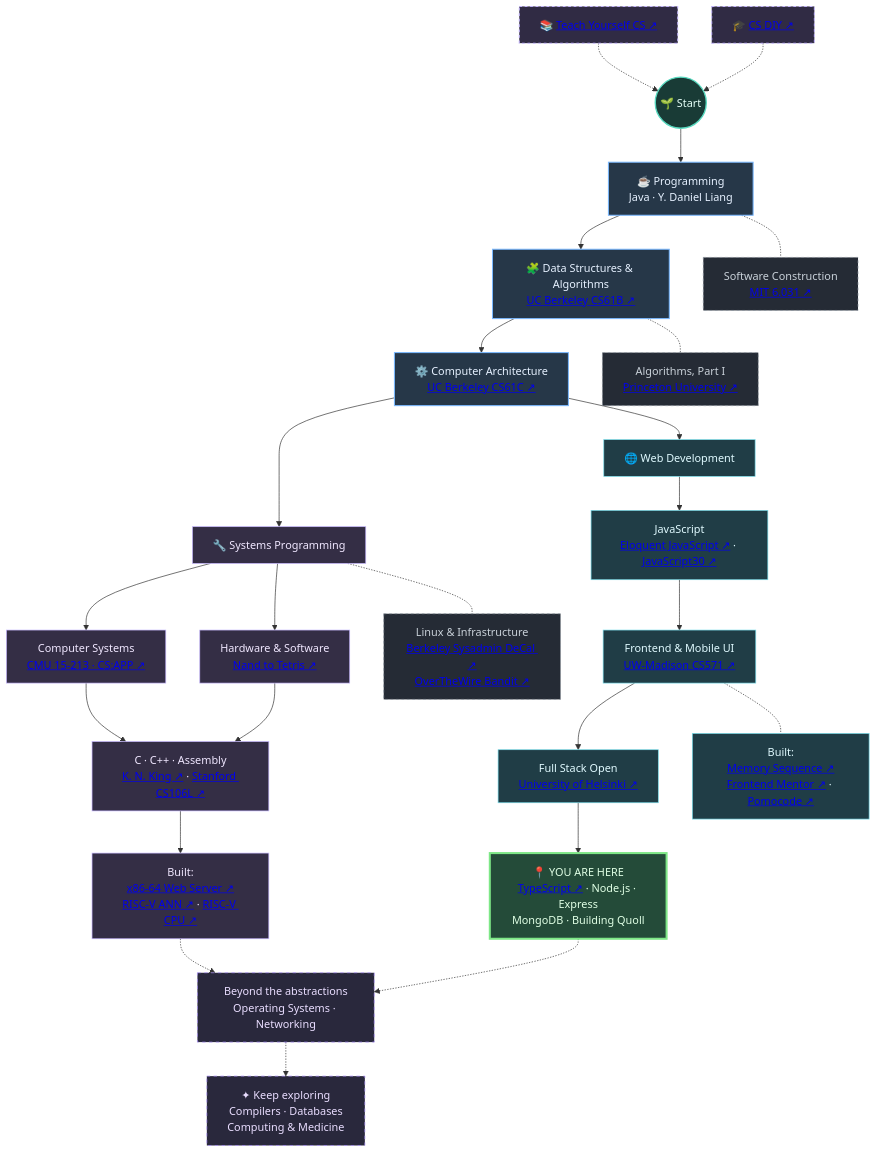
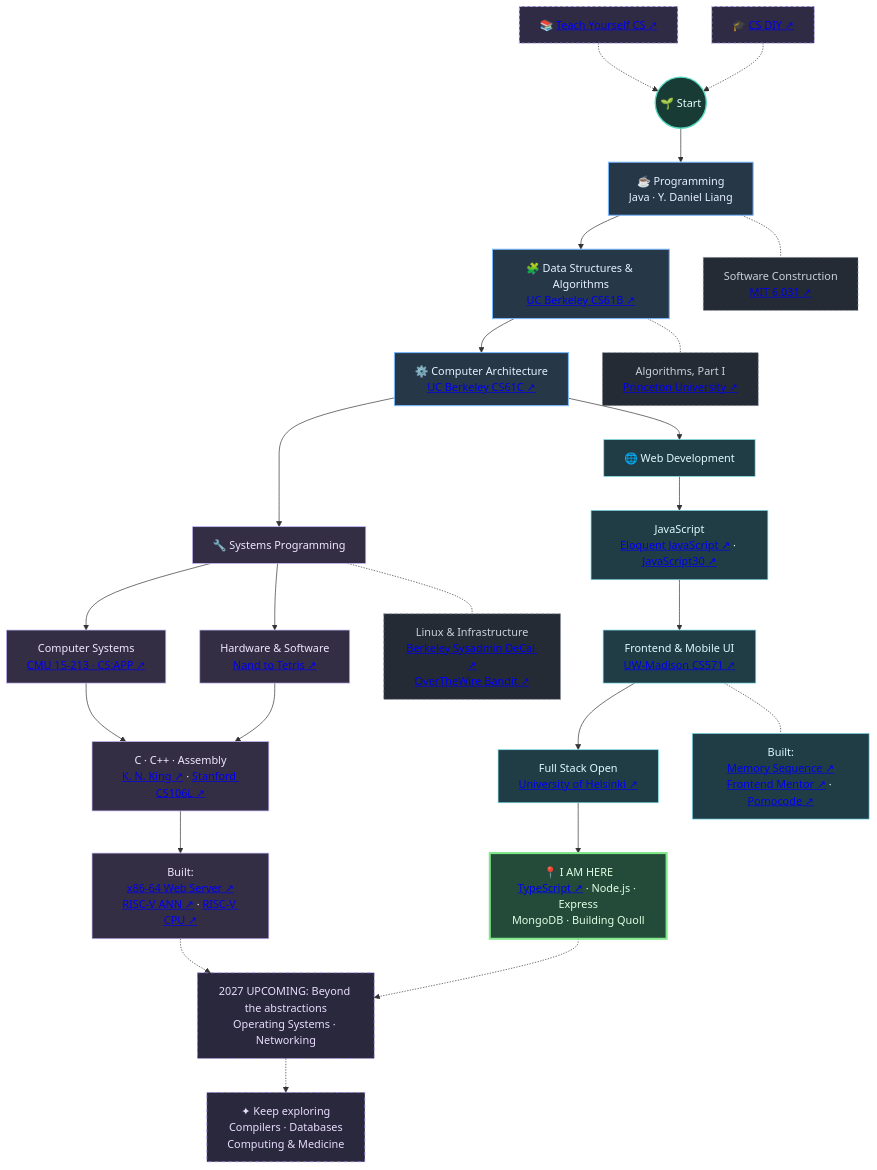
One commit to HsHs-dev/HsHs-dev changed the diagram in README.md. Above: the diagram before and after it, drawn with Mermaid.

````diff
--- a/README.md
+++ b/README.md
@@ -95,66 +95,66 @@
 ```mermaid
 flowchart TD
     TCS["📚 <a href='https://teachyourselfcs.com/'>Teach Yourself CS ↗</a>"]
     DIY["🎓 <a href='https://csdiy.wiki/en/'>CS DIY ↗</a>"]
 
     TCS -.-> START(("🌱 Start"))
     DIY -.-> START
 
     START --> JAVA["☕ Programming<br/>Java · Y. Daniel Liang"]
 
     JAVA --> DSA["🧩 Data Structures & Algorithms<br/><a href='https://github.com/HsHs-dev/UCB-CS61B'>UC Berkeley CS61B ↗</a>"]
 
     DSA --> ARCH["⚙️ Computer Architecture<br/><a href='https://github.com/HsHs-dev/UCB-CS61C'>UC Berkeley CS61C ↗</a>"]
 
     JAVA -.- SE["Software Construction<br/><a href='https://github.com/HsHs-dev/MIT-Software-Construction-6.031'>MIT 6.031 ↗</a>"]
 
     DSA -.- ALG["Algorithms, Part I<br/><a href='https://github.com/HsHs-dev/Algorithms'>Princeton University ↗</a>"]
 
     ARCH --> SYSTEMS["🔧 Systems Programming"]
     ARCH --> WEB["🌐 Web Development"]
 
     SYSTEMS --> CSAPP["Computer Systems<br/><a href='https://github.com/HsHs-dev/ICS-15-213-2015'>CMU 15-213 · CS:APP ↗</a>"]
 
     SYSTEMS --> N2T["Hardware & Software<br/><a href='https://github.com/HsHs-dev/From-Nand-to-Tetris'>Nand to Tetris ↗</a>"]
 
     CSAPP --> LOW["C · C++ · Assembly<br/><a href='https://github.com/HsHs-dev/C-Programming-A-Modern-Approach'>K. N. King ↗</a> · <a href='https://github.com/HsHs-dev/Stanford-CS106L'>Stanford CS106L ↗</a>"]
 
     N2T --> LOW
 
     LOW --> SYSP["Built:<br/><a href='https://github.com/HsHs-dev/x86-64-webserver'>x86-64 Web Server ↗</a><br/><a href='https://github.com/HsHs-dev/RISCV-ANN'>RISC-V ANN ↗</a> · <a href='https://github.com/HsHs-dev/UCB-CS61C/tree/main/Project/proj3'>RISC-V CPU ↗</a>"]
 
     SYSTEMS -.- LINUX["Linux & Infrastructure<br/><a href='https://github.com/HsHs-dev/SysadminDeCal'>Berkeley Sysadmin DeCal ↗</a><br/><a href='https://github.com/HsHs-dev/overthewire-bandit'>OverTheWire Bandit ↗</a>"]
 
     WEB --> JS["JavaScript<br/><a href='https://eloquentjavascript.net/'>Eloquent JavaScript ↗</a> · <a href='https://github.com/HsHs-dev/javascript30'>JavaScript30 ↗</a>"]
 
     JS --> UI["Frontend & Mobile UI<br/><a href='https://github.com/HsHs-dev/UW-Madison-CS571'>UW-Madison CS571 ↗</a>"]
 
     UI --> FSO["Full Stack Open<br/><a href='https://github.com/HsHs-dev/fullstack-open'>University of Helsinki ↗</a>"]
 
     UI -.- WEBP["Built:<br/><a href='https://github.com/HsHs-dev/react-memory-game'>Memory Sequence ↗</a><br/><a href='https://github.com/HsHs-dev/frontend-mentors-challenges-gallery'>Frontend Mentor ↗</a> · <a href='https://github.com/HsHs-dev/pomocode'>Pomocode ↗</a>"]
 
-    FSO --> NOW["📍 YOU ARE HERE<br/><a href='https://github.com/HsHs-dev/Typescript-Full-Stack-Open'>TypeScript ↗</a> · Node.js · Express<br/>MongoDB · Building Quoll"]
+    FSO --> NOW["📍 I AM HERE<br/><a href='https://github.com/HsHs-dev/Typescript-Full-Stack-Open'>TypeScript ↗</a> · Node.js · Express<br/>MongoDB · Building Quoll"]
 
-    SYSP -.-> NEXT["Beyond the abstractions<br/>Operating Systems · Networking"]
+    SYSP -.-> NEXT["2027 UPCOMING: Beyond the abstractions<br/>Operating Systems · Networking"]
     NOW -.-> NEXT
 
     NEXT -.-> FUTURE["✦ Keep exploring<br/>Compilers · Databases<br/>Computing & Medicine"]
 
     classDef guide fill:#302B44,stroke:#C4B5FD,color:#E9DDFF,stroke-width:1.5px,stroke-dasharray:4 4
     classDef start fill:#193B36,stroke:#56D8BE,color:#E6FFF8,stroke-width:2px
     classDef core fill:#263748,stroke:#79B8FF,color:#E6F1FF,stroke-width:1.5px
     classDef systems fill:#342E45,stroke:#C4B5FD,color:#F0E7FF
     classDef web fill:#203D46,stroke:#79DDEB,color:#E0FAFF
     classDef extra fill:#252B35,stroke:#8B949E,color:#C9D1D9,stroke-dasharray:4 4
     classDef current fill:#244B39,stroke:#7EE787,color:#E0FFE5,stroke-width:3px
     classDef future fill:#29283C,stroke:#A78BFA,color:#E9DDFF,stroke-dasharray:5 5
 
     class TCS,DIY guide
     class START start
     class JAVA,DSA,ARCH core
     class SYSTEMS,CSAPP,N2T,LOW,SYSP systems
     class WEB,JS,UI,FSO,WEBP web
     class SE,ALG,LINUX extra
     class NOW current
     class NEXT,FUTURE future
 ```
````
